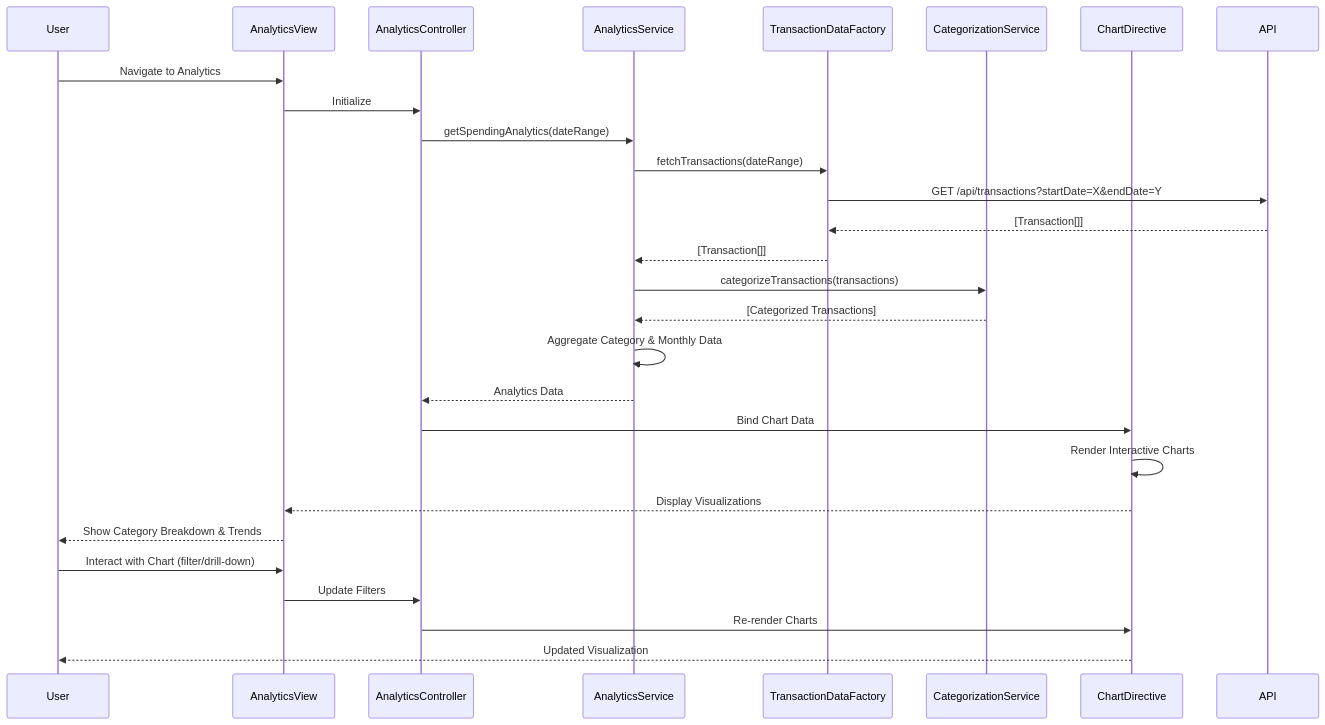
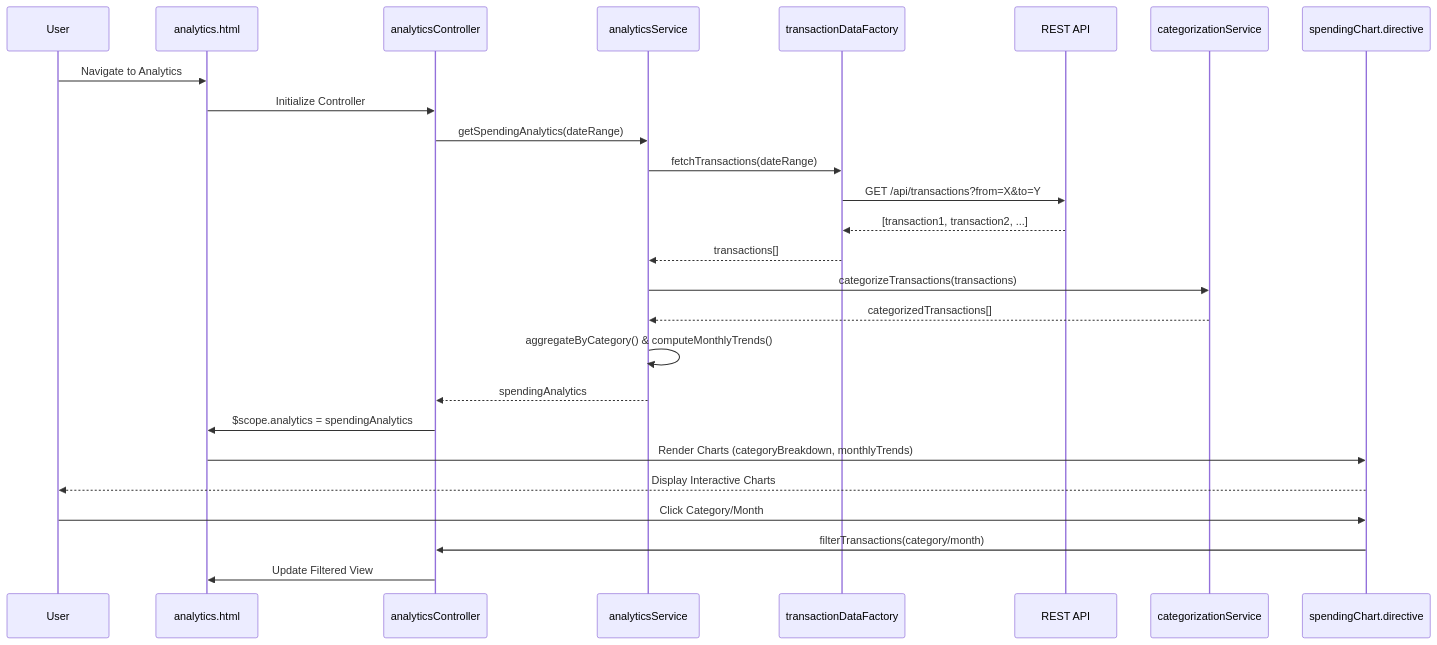
The diagram in LLD/QE-4630_LLD.md (Davamani-git/APB_Demo), drawn with Mermaid before and after one commit. The commit also changed other lines of this file and 2 other files, not shown here.

````diff
--- a/LLD/QE-4630_LLD.md
+++ b/LLD/QE-4630_LLD.md
@@ -100,31 +101,29 @@
 ```mermaid
 sequenceDiagram
     participant User
-    participant AnalyticsView
-    participant AnalyticsController
-    participant AnalyticsService
-    participant TransactionDataFactory
-    participant CategorizationService
-    participant ChartDirective
-    participant API
+    participant View as analytics.html
+    participant Ctrl as analyticsController
+    participant AS as analyticsService
+    participant Factory as transactionDataFactory
+    participant API as REST API
+    participant CS as categorizationService
+    participant Chart as spendingChart.directive
 
-    User->>AnalyticsView: Navigate to Analytics
-    AnalyticsView->>AnalyticsController: Initialize
-    AnalyticsController->>AnalyticsService: getSpendingAnalytics(dateRange)
-    AnalyticsService->>TransactionDataFactory: fetchTransactions(dateRange)
-    TransactionDataFactory->>API: GET /api/transactions?startDate=X&endDate=Y
-    API-->>TransactionDataFactory: [Transaction[]]
-    TransactionDataFactory-->>AnalyticsService: [Transaction[]]
-    AnalyticsService->>CategorizationService: categorizeTransactions(transactions)
-    CategorizationService-->>AnalyticsService: [Categorized Transactions]
-    AnalyticsService->>AnalyticsService: Aggregate Category & Monthly Data
-    AnalyticsService-->>AnalyticsController: Analytics Data
-    AnalyticsController->>ChartDirective: Bind Chart Data
-    ChartDirective->>ChartDirective: Render Interactive Charts
-    ChartDirective-->>AnalyticsView: Display Visualizations
-    AnalyticsView-->>User: Show Category Breakdown & Trends
-    User->>AnalyticsView: Interact with Chart (filter/drill-down)
-    AnalyticsView->>AnalyticsController: Update Filters
-    AnalyticsController->>ChartDirective: Re-render Charts
-    ChartDirective-->>User: Updated Visualization
+    User->>View: Navigate to Analytics
+    View->>Ctrl: Initialize Controller
+    Ctrl->>AS: getSpendingAnalytics(dateRange)
+    AS->>Factory: fetchTransactions(dateRange)
+    Factory->>API: GET /api/transactions?from=X&to=Y
+    API-->>Factory: [transaction1, transaction2, ...]
+    Factory-->>AS: transactions[]
+    AS->>CS: categorizeTransactions(transactions)
+    CS-->>AS: categorizedTransactions[]
+    AS->>AS: aggregateByCategory() & computeMonthlyTrends()
+    AS-->>Ctrl: spendingAnalytics
+    Ctrl->>View: $scope.analytics = spendingAnalytics
+    View->>Chart: Render Charts (categoryBreakdown, monthlyTrends)
+    Chart-->>User: Display Interactive Charts
+    User->>Chart: Click Category/Month
+    Chart->>Ctrl: filterTransactions(category/month)
+    Ctrl->>View: Update Filtered View
 ```
````
